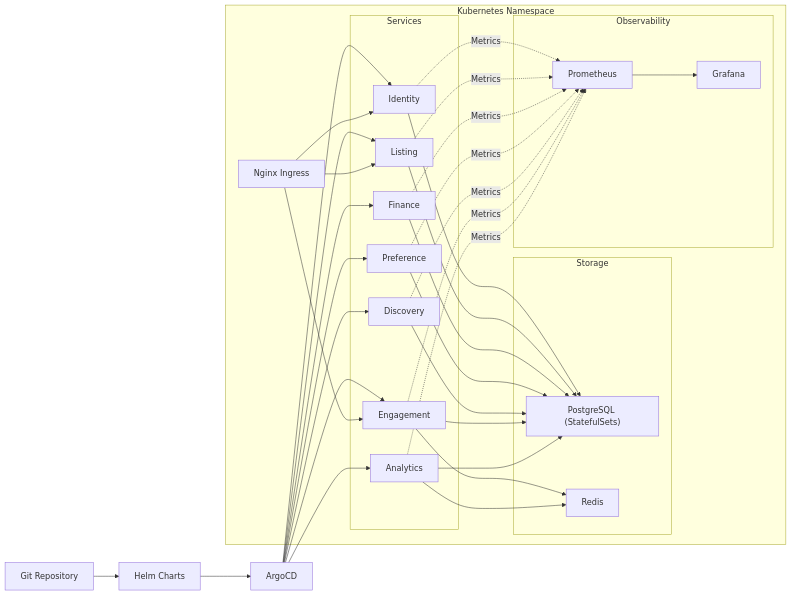
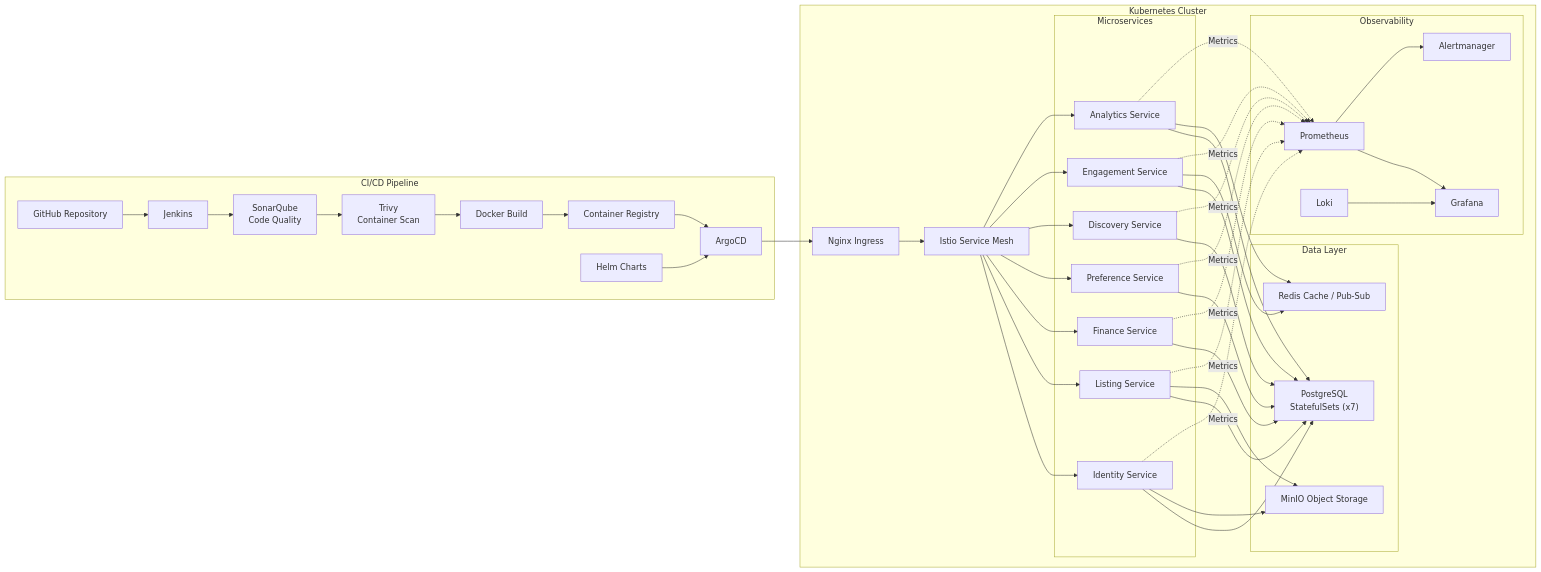
One commit to Rohit03022006/GharSetu changed the ninth of 9 diagrams in Docs/4. HLD (High-Level Design).md. Above: the diagram before and after it, drawn with Mermaid.

Commit message:
Update 4. HLD (High-Level Design).md

````diff
--- a/Docs/4. HLD (High-Level Design).md
+++ b/Docs/4. HLD (High-Level Design).md
@@ -428,63 +428,86 @@
 ```mermaid
 flowchart LR
 
-Git["Git Repository"]
-Helm["Helm Charts"]
-Argo["ArgoCD"]
+%% ---------------- CI/CD ----------------
+subgraph CI_CD["CI/CD Pipeline"]
+    Git["GitHub Repository"]
+    Jenkins["Jenkins"]
+    Sonar["SonarQube<br/>Code Quality"]
+    Trivy["Trivy<br/>Container Scan"]
+    Docker["Docker Build"]
+    Registry["Container Registry"]
+    Helm["Helm Charts"]
+    Argo["ArgoCD"]
+end
 
-Git --> Helm
+Git --> Jenkins
+Jenkins --> Sonar
+Sonar --> Trivy
+Trivy --> Docker
+Docker --> Registry
+Registry --> Argo
 Helm --> Argo
 
-subgraph Kubernetes Namespace
+%% ---------------- Kubernetes ----------------
+subgraph K8s["Kubernetes Cluster"]
 
-Ingress["Nginx Ingress"]
+    Ingress["Nginx Ingress"]
 
-subgraph Services
-Identity
-Listing
-Finance
-Preference
-Discovery
-Engagement
-Analytics
-end
+    Istio["Istio Service Mesh"]
 
-subgraph Storage
-Postgres["PostgreSQL (StatefulSets)"]
-Redis
-end
+    subgraph Services["Microservices"]
+        Identity["Identity Service"]
+        Listing["Listing Service"]
+        Finance["Finance Service"]
+        Preference["Preference Service"]
+        Discovery["Discovery Service"]
+        Engagement["Engagement Service"]
+        Analytics["Analytics Service"]
+    end
 
-subgraph Observability
-Prometheus
-Grafana
-end
+    subgraph Storage["Data Layer"]
+        PostgreSQL["PostgreSQL<br/>StatefulSets (x7)"]
+        Redis["Redis Cache / Pub-Sub"]
+        MinIO["MinIO Object Storage"]
+    end
+
+    subgraph Monitoring["Observability"]
+        Prometheus["Prometheus"]
+        Grafana["Grafana"]
+        Loki["Loki"]
+        Alert["Alertmanager"]
+    end
 
 end
 
-Argo --> Identity
-Argo --> Listing
-Argo --> Finance
-Argo --> Preference
-Argo --> Discovery
-Argo --> Engagement
-Argo --> Analytics
+%% Deployment
+Argo --> Ingress
+Ingress --> Istio
 
-Ingress --> Identity
-Ingress --> Listing
-Ingress --> Engagement
+Istio --> Identity
+Istio --> Listing
+Istio --> Finance
+Istio --> Preference
+Istio --> Discovery
+Istio --> Engagement
+Istio --> Analytics
 
-Identity --> Postgres
-Listing --> Postgres
-Finance --> Postgres
-Preference --> Postgres
-Discovery --> Postgres
-Engagement --> Postgres
-Analytics --> Postgres
+%% Databases
+Identity --> PostgreSQL
+Listing --> PostgreSQL
+Finance --> PostgreSQL
+Preference --> PostgreSQL
+Discovery --> PostgreSQL
+Engagement --> PostgreSQL
+Analytics --> PostgreSQL
+
+Listing --> MinIO
+Identity --> MinIO
 
 Engagement --> Redis
 Analytics --> Redis
 
-Prometheus --> Grafana
+%% Monitoring
 Identity -. Metrics .-> Prometheus
 Listing -. Metrics .-> Prometheus
 Finance -. Metrics .-> Prometheus
@@ -492,4 +515,8 @@
 Discovery -. Metrics .-> Prometheus
 Engagement -. Metrics .-> Prometheus
 Analytics -. Metrics .-> Prometheus
+
+Prometheus --> Grafana
+Prometheus --> Alert
+Loki --> Grafana
 ```
````
